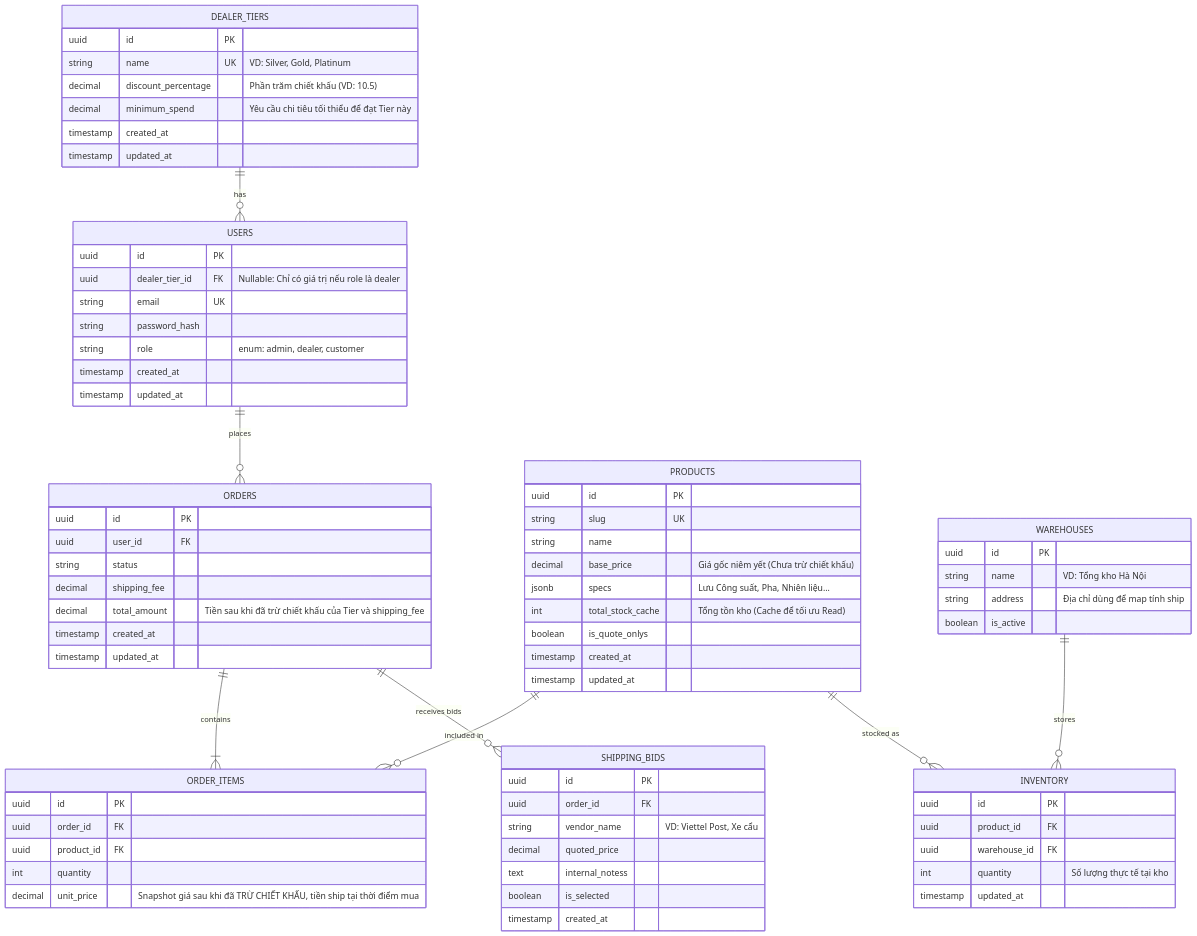
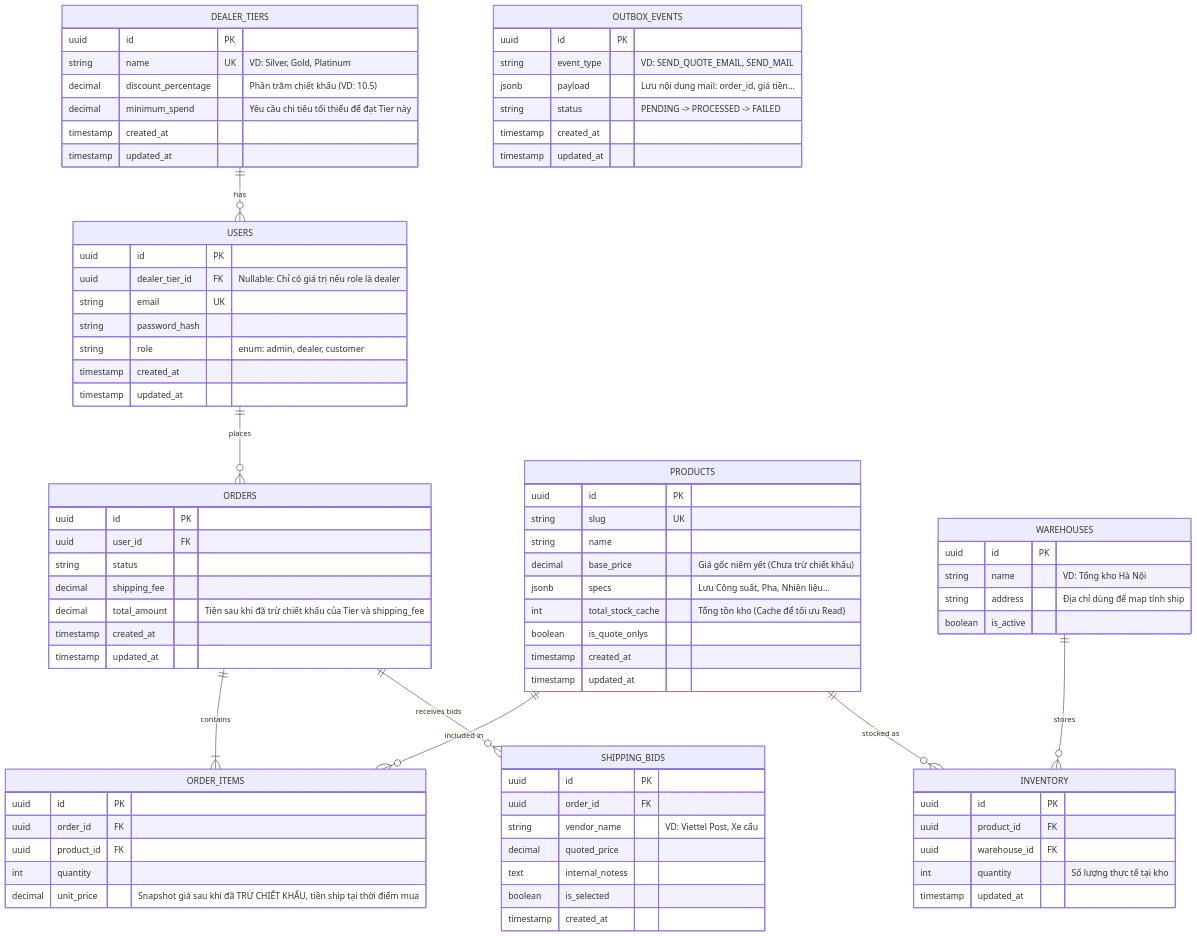
The diagram in docs/03-database-schema.md (ngxccc/hyundai-ecommerce), drawn with Mermaid before and after one commit. The commit also changed other lines of this file, not shown here.

Commit message:
feat(docs\03-database-schema.md): add Outbox Pattern section and Outbox Events table to database schema documentation

````diff
--- a/docs/03-database-schema.md
+++ b/docs/03-database-schema.md
@@ -91,4 +91,13 @@
     boolean is_selected
     timestamp created_at
   }
+
+  OUTBOX_EVENTS {
+    uuid id PK
+    string event_type "VD: SEND_QUOTE_EMAIL, SEND_MAIL"
+    jsonb payload "Lưu nội dung mail: order_id, giá tiền..."
+    string status "PENDING -> PROCESSED -> FAILED"
+    timestamp created_at
+    timestamp updated_at
+  }
 ```
````
